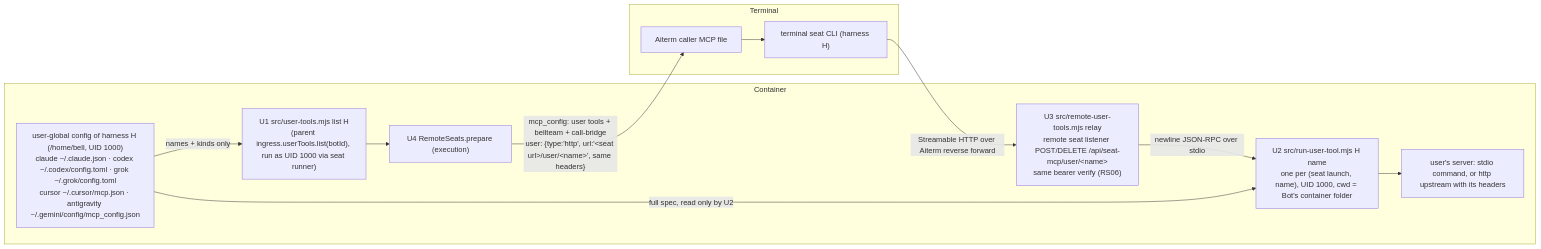
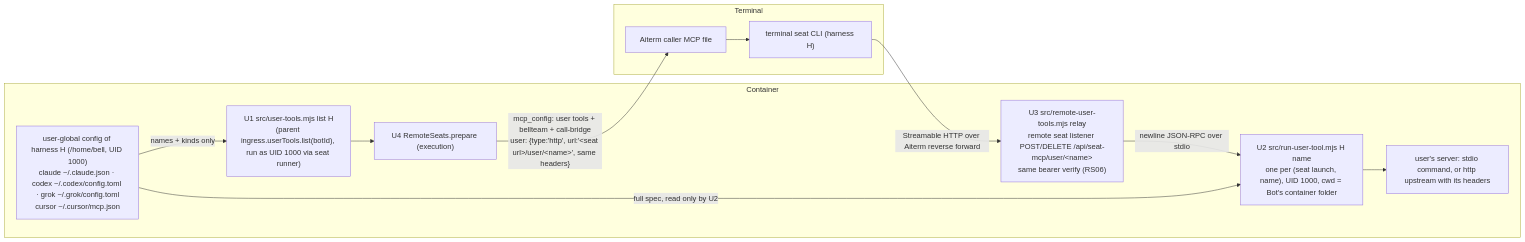
One commit to kitepon/BellTeam changed the first of 2 diagrams in docs/architecture/modules/execution/remote-user-tools.md. Above: the diagram before and after it, drawn with Mermaid. The commit also changed other lines of this file and 46 other files, not shown here.

First line of the commit message:
a353: remove Antigravity from the harnesses BellTeam offers and launches (server and contract)

````diff
--- a/docs/architecture/modules/execution/remote-user-tools.md
+++ b/docs/architecture/modules/execution/remote-user-tools.md
@@ -15,20 +15,20 @@
 ```mermaid
 flowchart LR
   subgraph Container
-    Cfg["user-global config of harness H (/home/bell, UID 1000)<br/>claude ~/.claude.json · codex ~/.codex/config.toml · grok ~/.grok/config.toml<br/>cursor ~/.cursor/mcp.json · antigravity ~/.gemini/config/mcp_config.json"]
+    Cfg["user-global config of harness H (/home/bell, UID 1000)<br/>claude ~/.claude.json · codex ~/.codex/config.toml · grok ~/.grok/config.toml<br/>cursor ~/.cursor/mcp.json"]
     U1["U1 src/user-tools.mjs list H<br/>(parent ingress.userTools.list(botId), run as UID 1000 via seat runner)"]
     U4["U4 RemoteSeats.prepare (execution)"]
     U3["U3 src/remote-user-tools.mjs relay<br/>remote seat listener POST/DELETE /api/seat-mcp/user/&lt;name&gt;<br/>same bearer verify (RS06)"]
     U2["U2 src/run-user-tool.mjs H name<br/>one per (seat launch, name), UID 1000, cwd = Bot's container folder"]
     Up["user's server: stdio command, or http upstream with its headers"]
   end
   subgraph Terminal
     Caller["Aiterm caller MCP file"]
     Seat["terminal seat CLI (harness H)"]
   end
   Cfg -->|"names + kinds only"| U1 --> U4
   U4 -->|"mcp_config: user tools + bellteam + call-bridge<br/>user: {type:'http', url:'&lt;seat url&gt;/user/&lt;name&gt;', same headers}"| Caller --> Seat
   Seat -->|"Streamable HTTP over Aiterm reverse forward"| U3
   U3 -->|"newline JSON-RPC over stdio"| U2
   Cfg -->|"full spec, read only by U2"| U2 --> Up
 ```
````
